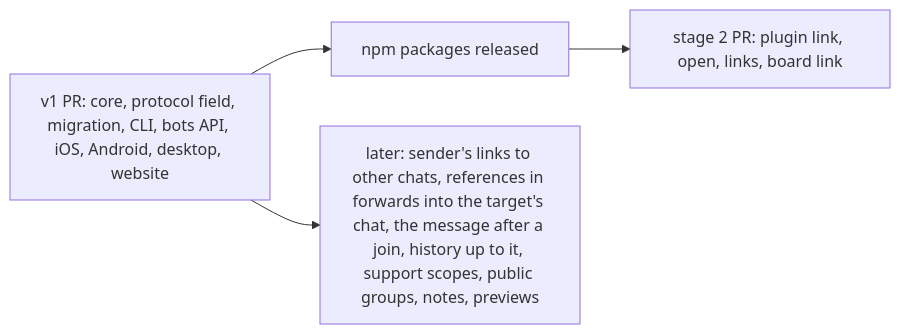
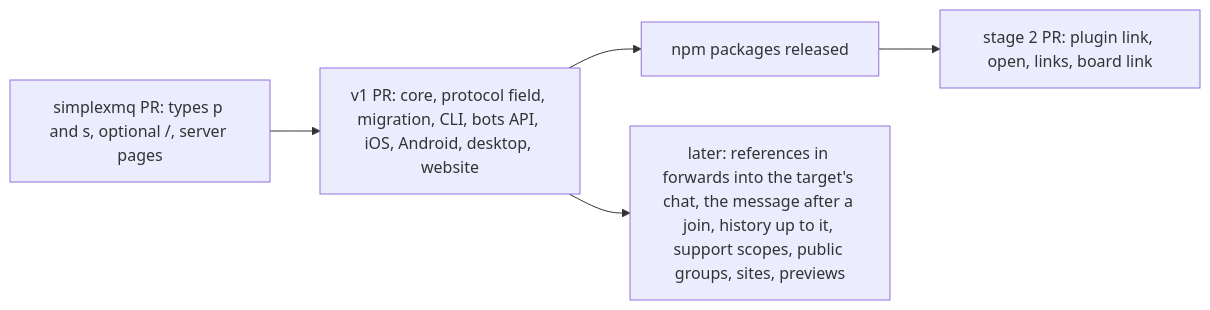
One commit to evgeny-simplex/simplex-chat changed the seventh of 7 diagrams in plans/2026-11-22-message-references.md. Above: the diagram before and after it, drawn with Mermaid. The commit also changed other lines of this file, not shown here.

Commit message:
core: plan message links as hyperlinks with references

````diff
--- a/plans/2026-11-22-message-references.md
+++ b/plans/2026-11-22-message-references.md
@@ -540,6 +615,7 @@
 ```mermaid
 flowchart LR
-  S1["v1 PR: core, protocol field, migration, CLI, bots API, iOS, Android, desktop, website"] --> R["npm packages released"]
+  S0["simplexmq PR: types p and s, optional /, server pages"] --> S1["v1 PR: core, protocol field, migration, CLI, bots API, iOS, Android, desktop, website"]
+  S1 --> R["npm packages released"]
   R --> S2["stage 2 PR: plugin link, open, links, board link"]
-  S1 --> S3["later: sender's links to other chats, references in forwards into the target's chat, the message after a join, history up to it, support scopes, public groups, notes, previews"]
+  S1 --> S3["later: references in forwards into the target's chat, the message after a join, history up to it, support scopes, public groups, sites, previews"]
 ```
````
